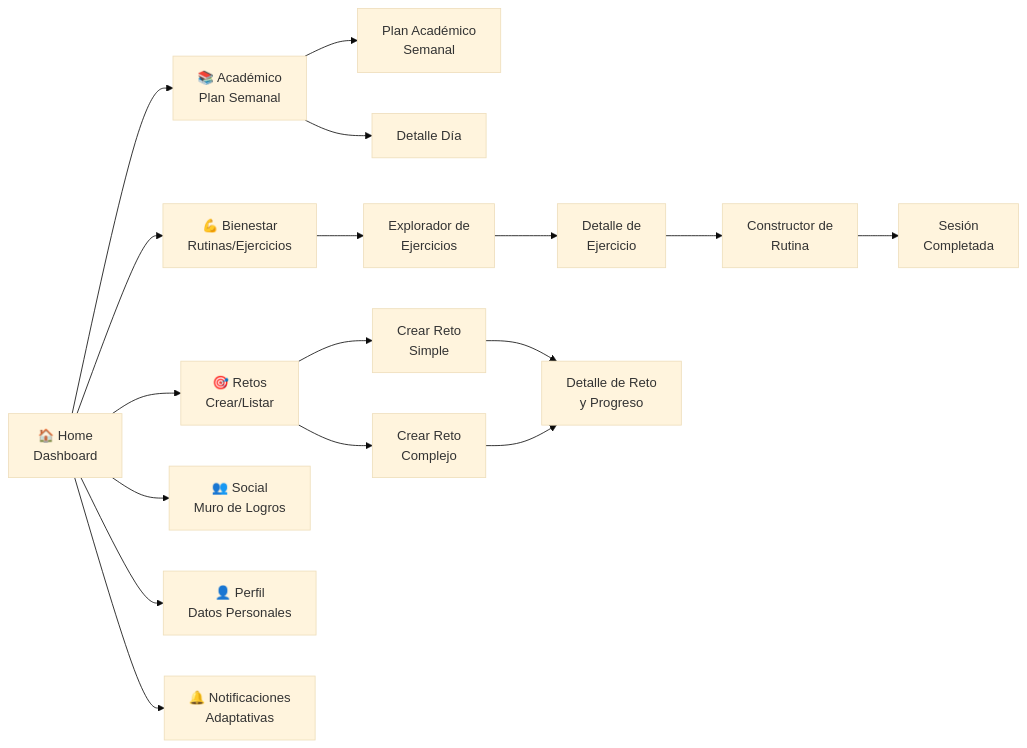
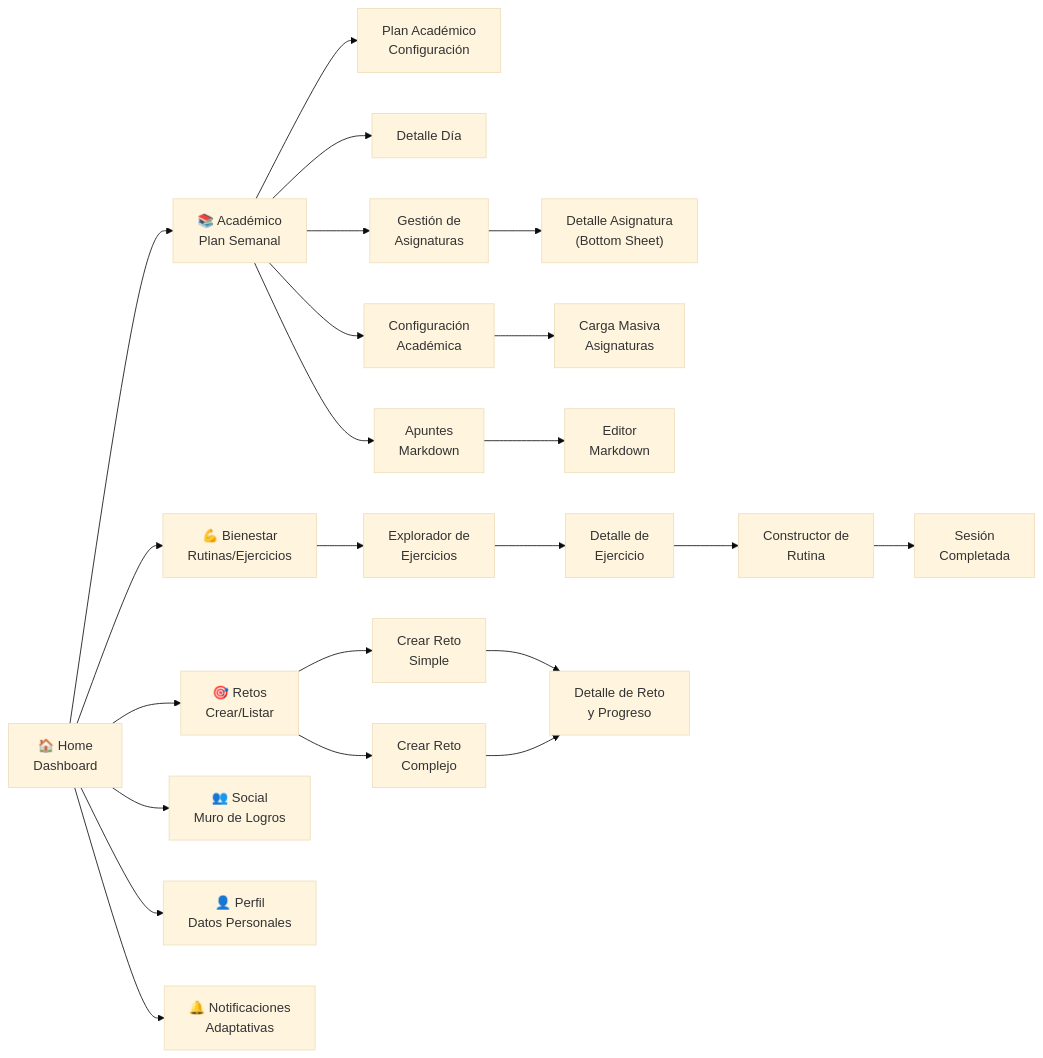
Before and after one commit to Jloen1999/synaptixfit: the first of 3 diagrams in docs/06-frontend.md, drawn with Mermaid (base theme). The commit also changed other lines of this file and 2 other files, not shown here.

Commit message:
docs: Actualizar documentación con módulo académico, retos mejorados y perfil con carreras

````diff
--- a/docs/06-frontend.md
+++ b/docs/06-frontend.md
@@ -12,23 +12,29 @@
 ```mermaid
 flowchart LR
     Home["🏠 Home<br/>Dashboard"] --> Academic["📚 Académico<br/>Plan Semanal"]
     Home --> Challenges["🎯 Retos<br/>Crear/Listar"]
     Home --> Wellness["💪 Bienestar<br/>Rutinas/Ejercicios"]
     Home --> Social["👥 Social<br/>Muro de Logros"]
     Home --> Profile["👤 Perfil<br/>Datos Personales"]
     
-    Academic --> AcademicPlan["Plan Académico<br/>Semanal"]
+    Academic --> AcademicPlan["Plan Académico<br/>Configuración"]
     Academic --> DayDetail["Detalle Día"]
+    Academic --> GestionAsignaturas["Gestión de<br/>Asignaturas"]
+    Academic --> AcademicConfig["Configuración<br/>Académica"]
+    GestionAsignaturas --> AsignaturaDetail["Detalle Asignatura<br/>(Bottom Sheet)"]
+    AcademicConfig --> CarreraAsignaturas["Carga Masiva<br/>Asignaturas"]
+    Academic --> Apuntes["Apuntes<br/>Markdown"]
+    Apuntes --> ApunteEditor["Editor<br/>Markdown"]
     
     Wellness --> ExerciseExplorer["Explorador de<br/>Ejercicios"]
     ExerciseExplorer --> ExerciseDetail["Detalle de<br/>Ejercicio"]
     ExerciseDetail --> RoutineBuilder["Constructor de<br/>Rutina"]
     RoutineBuilder --> SessionComplete["Sesión<br/>Completada"]
     
     Challenges --> SimpleChallenge["Crear Reto<br/>Simple"]
     Challenges --> ComplexChallenge["Crear Reto<br/>Complejo"]
     SimpleChallenge --> ChallengeDetail["Detalle de Reto<br/>y Progreso"]
     ComplexChallenge --> ChallengeDetail
     
     Home --> Notifications["🔔 Notificaciones<br/>Adaptativas"]
 ```
````
